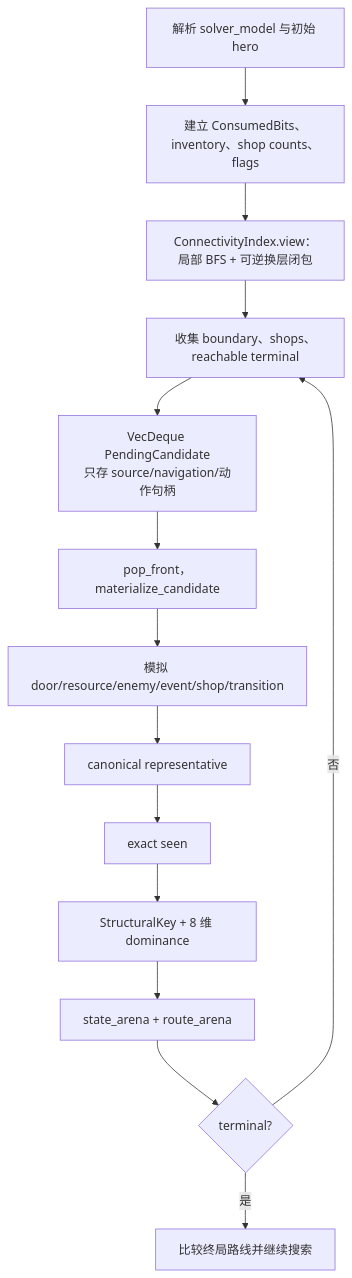
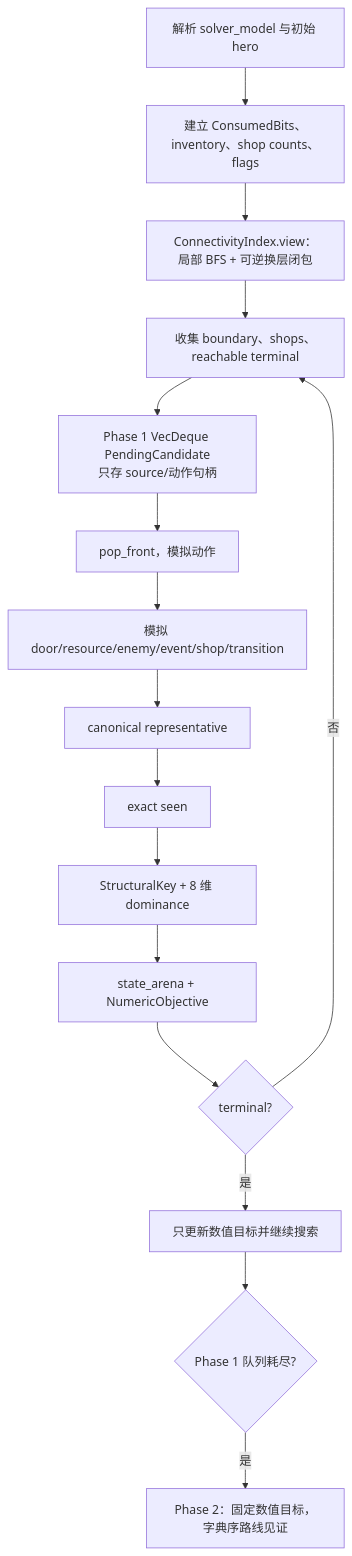
The second of 2 diagrams in games/mota-planning-lab/docs/current-solver-architecture.md (qingpu1996/userscripts), drawn with Mermaid before and after one commit. The commit also changed other lines of this file and 1 other file, not shown here.

Commit message:
refactor(mota): separate proof from route extraction

````diff
--- a/games/mota-planning-lab/docs/current-solver-architecture.md
+++ b/games/mota-planning-lab/docs/current-solver-architecture.md
@@ -53,16 +53,18 @@
 ```mermaid
 flowchart TD
   A[解析 solver_model 与初始 hero] --> B[建立 ConsumedBits、inventory、shop counts、flags]
   B --> C[ConnectivityIndex.view：局部 BFS + 可逆换层闭包]
   C --> D[收集 boundary、shops、reachable terminal]
-  D --> E[VecDeque PendingCandidate\n只存 source/navigation/动作句柄]
-  E --> F[pop_front，materialize_candidate]
+  D --> E[Phase 1 VecDeque PendingCandidate\n只存 source/动作句柄]
+  E --> F[pop_front，模拟动作]
   F --> G[模拟 door/resource/enemy/event/shop/transition]
   G --> H[canonical representative]
   H --> I[exact seen]
   I --> J[StructuralKey + 8 维 dominance]
-  J --> K[state_arena + route_arena]
+  J --> K[state_arena + NumericObjective]
   K --> L{terminal?}
   L -- 否 --> D
-  L -- 是 --> M[比较终局路线并继续搜索]
+  L -- 是 --> M[只更新数值目标并继续搜索]
+  M --> N{Phase 1 队列耗尽?}
+  N -- 是 --> O[Phase 2：固定数值目标，字典序路线见证]
 ```
````
